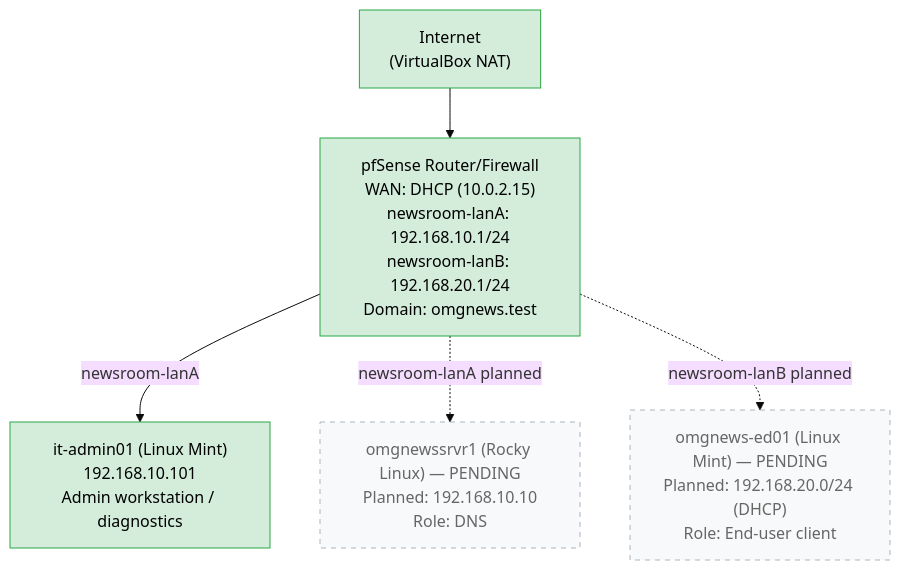
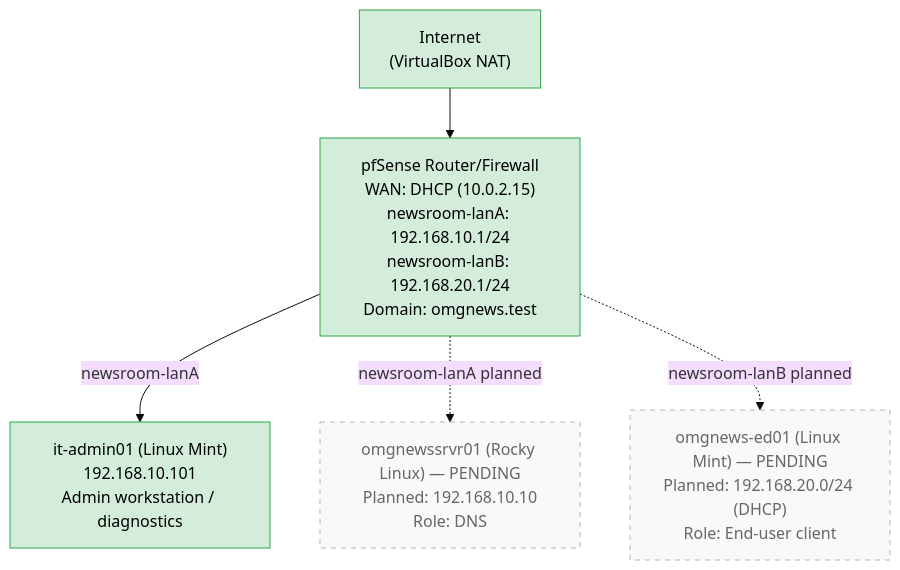
Before and after one commit to robbaileyhome-dev/homelab-portfolio: the diagram in Labs/Lab02: Network restructure.md, drawn with Mermaid (base theme).

Commit message:
Update Lab02: Network restructure.md

````diff
--- a/Labs/Lab02: Network restructure.md
+++ b/Labs/Lab02: Network restructure.md
@@ -7,18 +7,18 @@
 ```mermaid
 graph TB
     NAT["Internet<br/>(VirtualBox NAT)"]
     pfSense["pfSense Router/Firewall<br/>WAN: DHCP (10.0.2.15)<br/>newsroom-lanA: 192.168.10.1/24<br/>newsroom-lanB: 192.168.20.1/24<br/>Domain: omgnews.test"]
     Mint1["it-admin01 (Linux Mint)<br/>192.168.10.101<br/>Admin workstation / diagnostics"]
-    Rocky["omgnewssrvr1 (Rocky Linux) — PENDING<br/>Planned: 192.168.10.10<br/>Role: DNS"]
+    Rocky["omgnewssrvr01 (Rocky Linux) — PENDING<br/>Planned: 192.168.10.10<br/>Role: DNS"]
     Mint2["omgnews-ed01 (Linux Mint) — PENDING<br/>Planned: 192.168.20.0/24 (DHCP)<br/>Role: End-user client"]
 
     NAT --> pfSense
     pfSense -->|newsroom-lanA| Mint1
     pfSense -.->|newsroom-lanA planned| Rocky
     pfSense -.->|newsroom-lanB planned| Mint2
 
     classDef live fill:#d4edda,stroke:#28a745,color:#000;
     classDef pending fill:#f8f9fa,stroke:#adb5bd,stroke-dasharray: 5 5,color:#666;
     class NAT,pfSense,Mint1 live;
     class Rocky,Mint2 pending;
 ```
````
